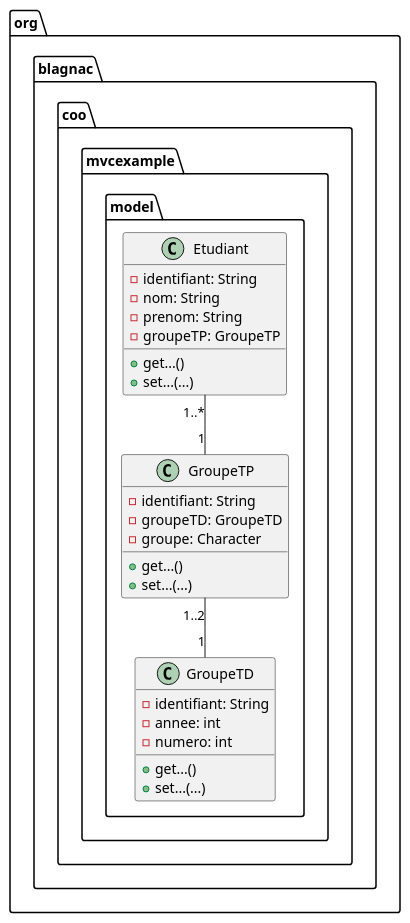
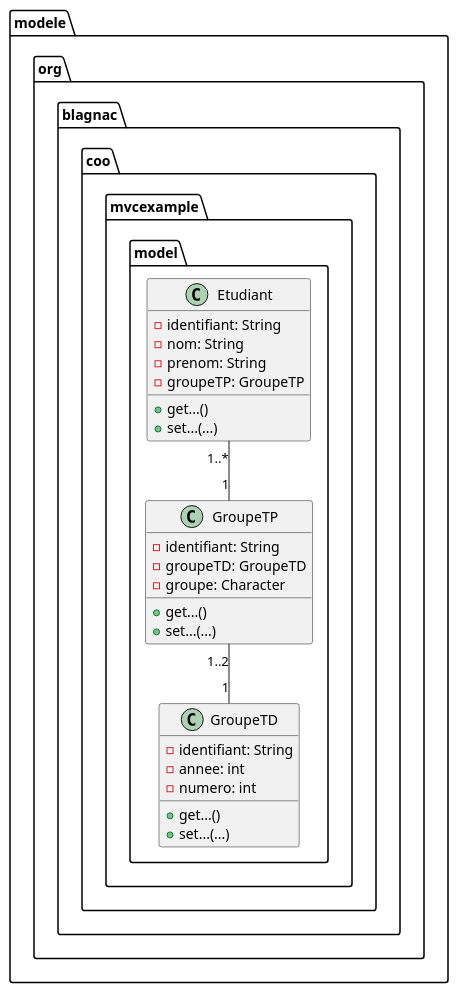
One commit to tgoubin/mvc-example changed the second of 6 diagrams in src/main/doc/readme.adoc. Above: the diagram before and after it, drawn with PlantUML. The commit also changed other lines of this file, not shown here.

```diff
--- a/src/main/doc/readme.adoc
+++ b/src/main/doc/readme.adoc
@@ -96,36 +96,38 @@
 [plantuml, "modele", png]  
 ----
 @startuml
 
-package org.blagnac.coo.mvcexample.model {
-    class Etudiant {
-        - identifiant: String
-        - nom: String
-        - prenom: String
-        - groupeTP: GroupeTP
-        + get...()
-        + set...(...)
-    }
-    
-    class GroupeTP {
-        - identifiant: String
-        - groupeTD: GroupeTD
-        - groupe: Character
-        + get...()
-        + set...(...)
-    }
-    
-    class GroupeTD {
-        - identifiant: String
-        - annee: int
-        - numero: int
-        + get...()
-        + set...(...)
-    }
+folder modele {
+	package org.blagnac.coo.mvcexample.model {
+	    class Etudiant {
+	        - identifiant: String
+	        - nom: String
+	        - prenom: String
+	        - groupeTP: GroupeTP
+	        + get...()
+	        + set...(...)
+	    }
+	    
+	    class GroupeTP {
+	        - identifiant: String
+	        - groupeTD: GroupeTD
+	        - groupe: Character
+	        + get...()
+	        + set...(...)
+	    }
+	    
+	    class GroupeTD {
+	        - identifiant: String
+	        - annee: int
+	        - numero: int
+	        + get...()
+	        + set...(...)
+	    }
+	}
 }
 
 Etudiant "1..*" -- "1" GroupeTP
 GroupeTP "1..2" -- "1" GroupeTD
 
 @enduml
 ----
```
